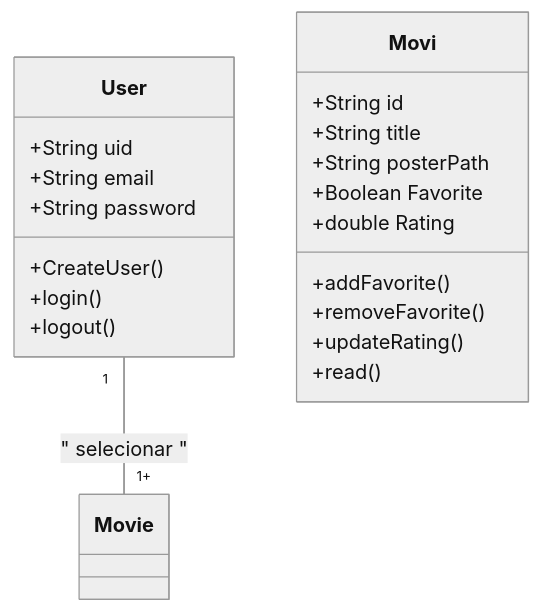
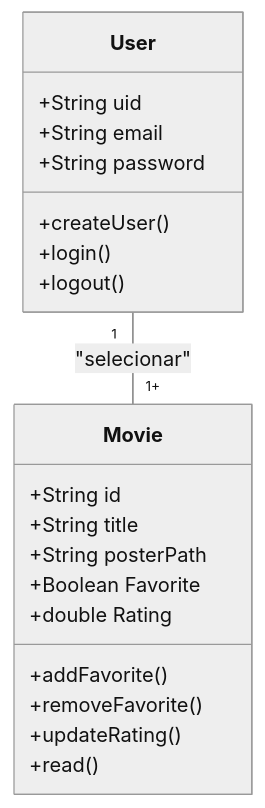
The diagram in APIsWebServices/FireBase/cine_favorite_firebase/README.md (isabellacr444/CursoMobile), drawn with Mermaid (neutral theme) before and after one commit. The commit also changed other lines of this file and 14 other files, not shown here.

`````diff
--- a/APIsWebServices/FireBase/cine_favorite_firebase/README.md
+++ b/APIsWebServices/FireBase/cine_favorite_firebase/README.md
@@ -40,28 +40,27 @@
-  ````mermaid
+```mermaid
 
-  classDiagram      
-   class User{
-    +String uid
-    +String email
-    +String password
-    +CreateUser()
-    +login()
-    +logout()
-   }
+classDiagram
+    class User{
+        +String uid
+        +String email
+        +String password
+        +createUser()
+        +login()
+        +logout()
+    }
 
-   class Movi{
-    +String id
-    +String title
-    +String posterPath
-    +Boolean Favorite
-    +double Rating
-    +addFavorite()
-    +removeFavorite()
-    +updateRating()
-    +read()
+    class Movie{
+        +String id
+        +String title
+        +String posterPath
+        +Boolean Favorite
+        +double Rating
+        +addFavorite()
+        +removeFavorite()
+        +updateRating()
+        +read()
+    } 
 
-   }
+    User "1"--"1+" Movie : "selecionar"
 
-   User "1"--"1+" Movie : " selecionar "
-
-    ````
+```
`````
